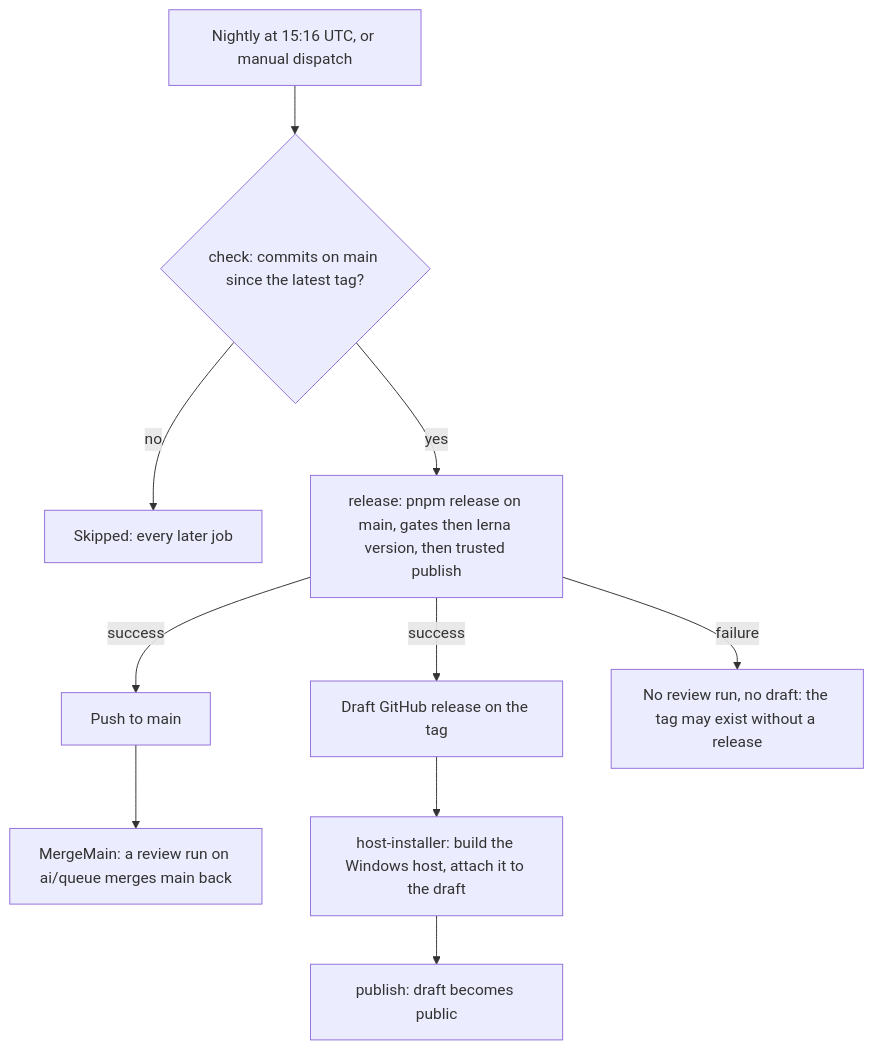
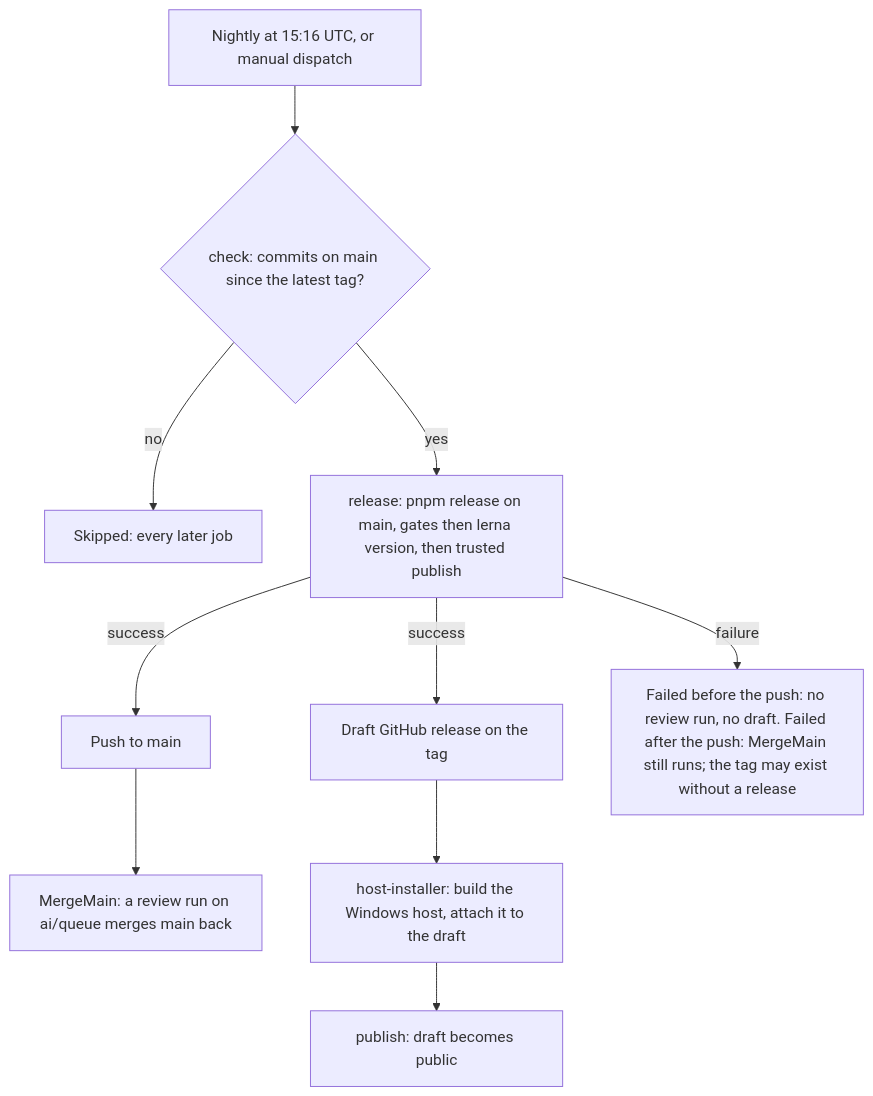
The diagram in apps/web/content/docs/architecture/release-flow.md (Esposter/Esposter), drawn with Mermaid before and after one commit. The commit also changed 3 other files, not shown here.

First line of the commit message:
docs(agents): a red waits on the verify request, the release diagram covers a failed push

````diff
--- a/apps/web/content/docs/architecture/release-flow.md
+++ b/apps/web/content/docs/architecture/release-flow.md
@@ -12,12 +12,12 @@
 ```mermaid
 flowchart TD
   Trigger[Nightly at 15:16 UTC, or manual dispatch] --> Check{check: commits on main since the latest tag?}
   Check -- no --> Skip[Skipped: every later job]
   Check -- yes --> Release[release: pnpm release on main, gates then lerna version, then trusted publish]
   Release -- success --> Main[Push to main]
   Main --> Merge[MergeMain: a review run on ai/queue merges main back]
   Release -- success --> Draft[Draft GitHub release on the tag]
-  Release -- failure --> Held[No review run, no draft: the tag may exist without a release]
+  Release -- failure --> Held[Failed before the push: no review run, no draft. Failed after the push: MergeMain still runs; the tag may exist without a release]
   Draft --> Host[host-installer: build the Windows host, attach it to the draft]
   Host --> Publish[publish: draft becomes public]
 ```
````
